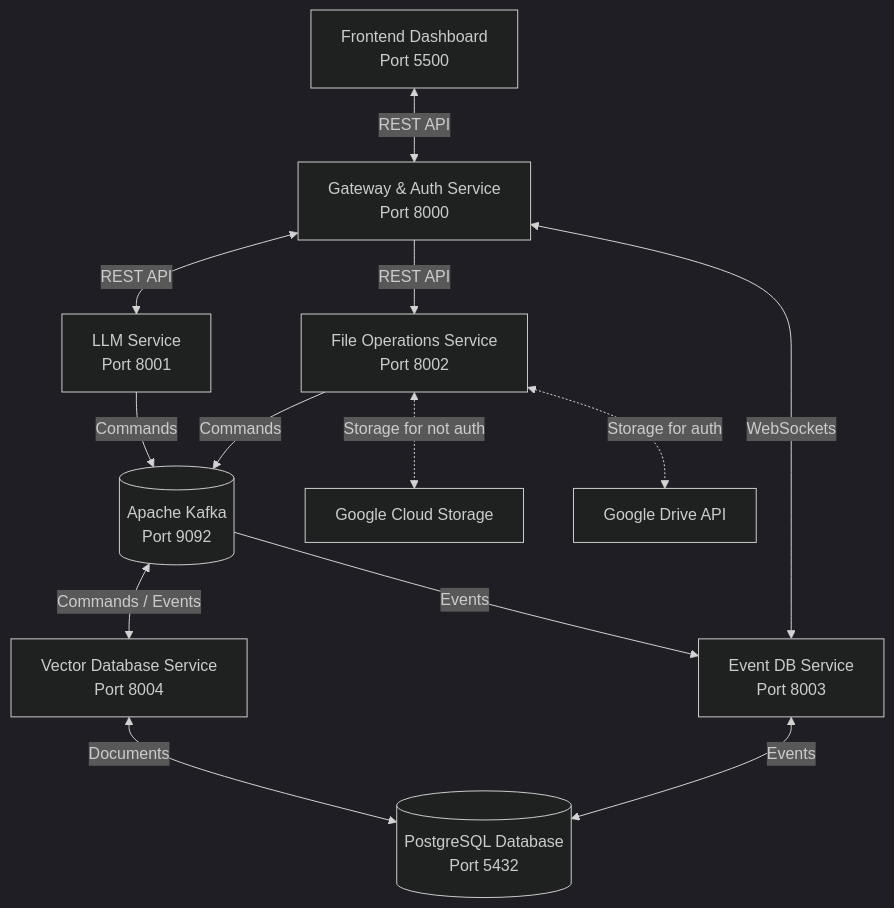
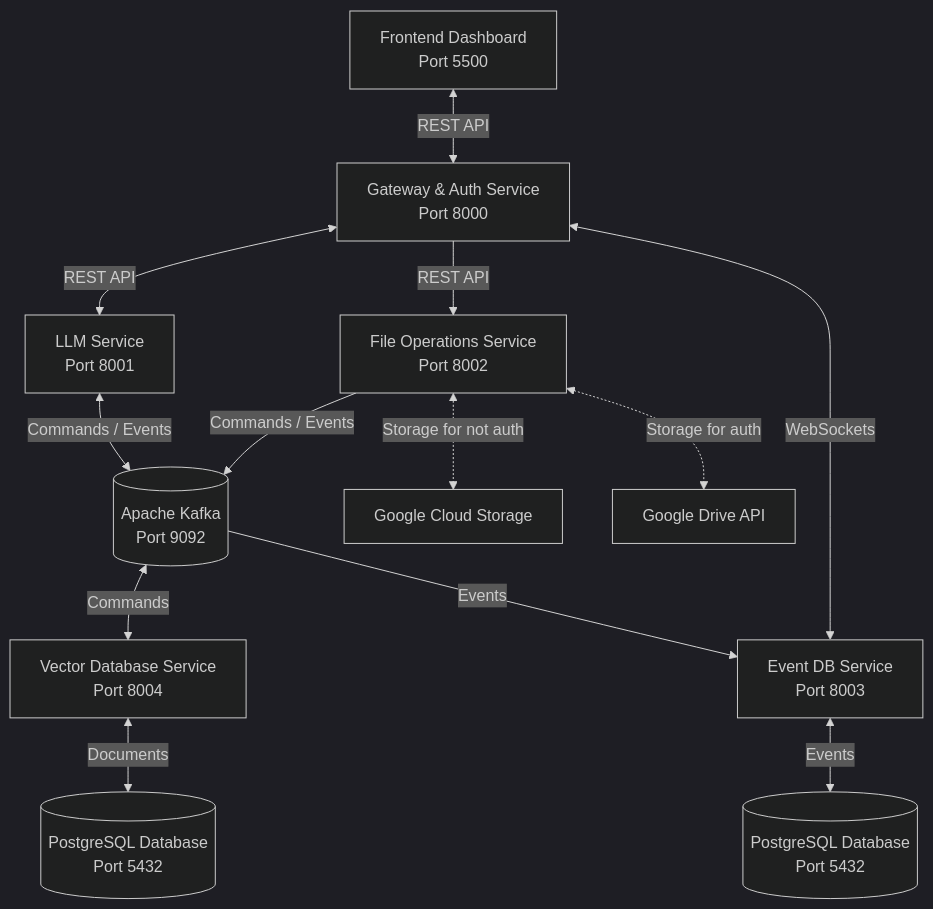
One commit to vbuyel/LLM_Semantic_File_System changed the diagram in README.md. Above: the diagram before and after it, drawn with Mermaid (dark theme).

Commit message:
updated README (diagram)

````diff
--- a/README.md
+++ b/README.md
@@ -68,21 +68,21 @@
 ```mermaid
 graph TD
     UI[Frontend Dashboard<br/>Port 5500] <-->|REST API| GW[Gateway & Auth Service<br/>Port 8000]
     
     GW <-->|REST API| LLM[LLM Service<br/>Port 8001]
     GW -->|REST API| FO[File Operations Service<br/>Port 8002]
     
-    LLM -->|Commands| Kafka[(Apache Kafka<br/>Port 9092)]
-    FO -->|Commands| Kafka[(Apache Kafka<br/>Port 9092)]
+    LLM <-->|Commands / Events| Kafka[(Apache Kafka<br/>Port 9092)]
+    FO -->|Commands / Events| Kafka[(Apache Kafka<br/>Port 9092)]
     
-    Kafka <-->|Commands / Events| VDB[Vector Database Service<br/>Port 8004]
+    Kafka <-->|Commands| VDB[Vector Database Service<br/>Port 8004]
     Kafka -->|Events| EDB[Event DB Service<br/>Port 8003]
     
     EDB <-->|WebSockets| GW
     
-    VDB <-->|Documents| PG[(PostgreSQL Database<br/>Port 5432)]
-    EDB <-->|Events| PG[(PostgreSQL Database<br/>Port 5432)]
+    VDB <-->|Documents| PG1[(PostgreSQL Database<br/>Port 5432)]
+    EDB <-->|Events| PG2[(PostgreSQL Database<br/>Port 5432)]
 
     FO <-.->|Storage for not auth| GCS[Google Cloud Storage]
     FO <-.->|Storage for auth| GD[Google Drive API]
 ```
````
